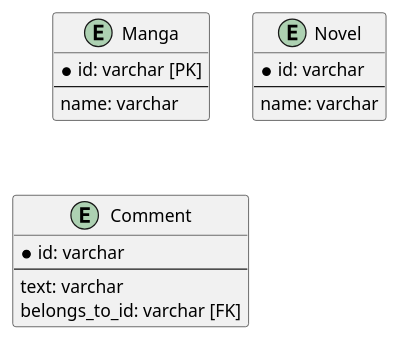
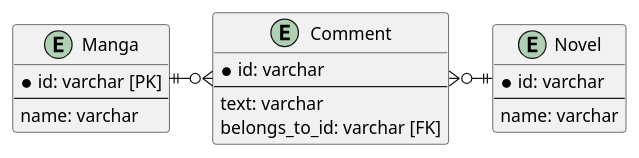
One commit to shimopino/praha-challenges changed the diagram in database/25_Polymorphic_Association/task_1/README.md. Above: the diagram before and after it, drawn with PlantUML. The commit also changed other lines of this file and 2 other files, not shown here.

````diff
--- a/database/25_Polymorphic_Association/task_1/README.md
+++ b/database/25_Polymorphic_Association/task_1/README.md
@@ -12,20 +12,23 @@
 ```puml
 entity Manga {
     * id: varchar [PK]
     ---
     name: varchar 
 }
 
 entity Novel {
     * id: varchar
     ---
     name: varchar
 }
 
 entity Comment {
     * id: varchar
     ---
     text: varchar
     belongs_to_id: varchar [FK]
 }
+
+Manga ||-r-o{ Comment
+Novel ||-l-o{ Comment
 ```
````
